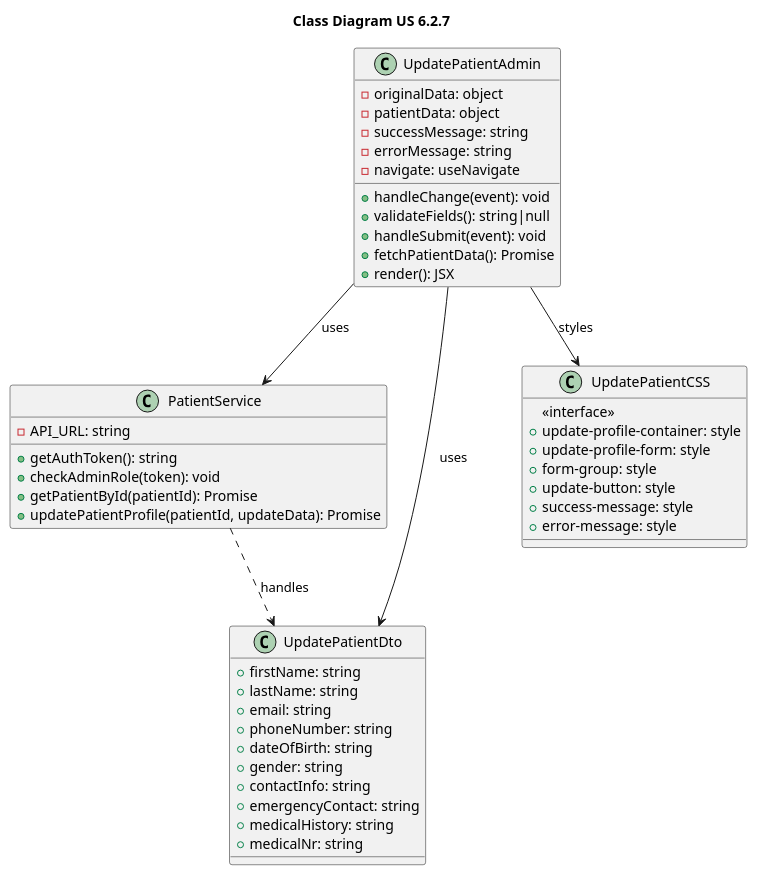
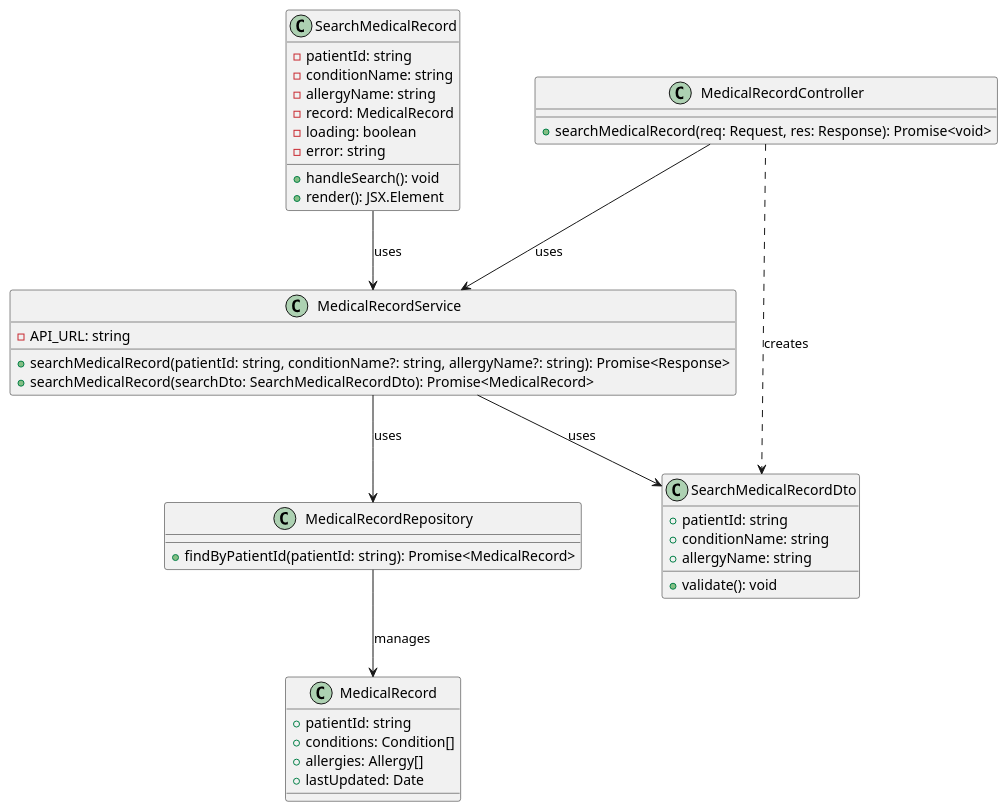
Before and after one commit to HugBar/3DC_G17: the diagram in docs/Sprint3/US 7.2.7/CD.puml, drawn with PlantUML. The commit also changed 5 other files, not shown here.

```diff
--- a/docs/Sprint3/US 7.2.7/CD.puml
+++ b/docs/Sprint3/US 7.2.7/CD.puml
@@ -1,53 +1,55 @@
-@startuml namespace class Diagram 
-title "Class Diagram US 6.2.7"
+@startuml Search Medical Record Class Diagram
 
-class UpdatePatientAdmin {
-    -originalData: object
-    -patientData: object
-    -successMessage: string
-    -errorMessage: string
-    -navigate: useNavigate
-    +handleChange(event): void
-    +validateFields(): string|null
-    +handleSubmit(event): void
-    +fetchPatientData(): Promise
-    +render(): JSX
+' Frontend Components
+class SearchMedicalRecord {
+  -patientId: string
+  -conditionName: string
+  -allergyName: string
+  -record: MedicalRecord
+  -loading: boolean
+  -error: string
+  +handleSearch(): void
+  +render(): JSX.Element
 }
 
-class PatientService {
-    -API_URL: string
-    +getAuthToken(): string
-    +checkAdminRole(token): void
-    +getPatientById(patientId): Promise
-    +updatePatientProfile(patientId, updateData): Promise
+class MedicalRecordService {
+  -API_URL: string
+  +searchMedicalRecord(patientId: string, conditionName?: string, allergyName?: string): Promise<Response>
 }
 
-class UpdatePatientDto {
-    +firstName: string
-    +lastName: string
-    +email: string
-    +phoneNumber: string
-    +dateOfBirth: string
-    +gender: string
-    +contactInfo: string
-    +emergencyContact: string
-    +medicalHistory: string
-    +medicalNr: string
+' Backend Components
+class MedicalRecordController {
+  +searchMedicalRecord(req: Request, res: Response): Promise<void>
 }
 
-class UpdatePatientCSS {
-    <<interface>>
-    +update-profile-container: style
-    +update-profile-form: style
-    +form-group: style
-    +update-button: style
-    +success-message: style
-    +error-message: style
+class MedicalRecordService {
+  +searchMedicalRecord(searchDto: SearchMedicalRecordDto): Promise<MedicalRecord>
 }
 
-UpdatePatientAdmin --> PatientService : uses
-UpdatePatientAdmin --> UpdatePatientDto : uses
-UpdatePatientAdmin --> UpdatePatientCSS : styles
-PatientService ..> UpdatePatientDto : handles
+class MedicalRecordRepository {
+  +findByPatientId(patientId: string): Promise<MedicalRecord>
+}
+
+class SearchMedicalRecordDto {
+  +patientId: string
+  +conditionName: string
+  +allergyName: string
+  +validate(): void
+}
+
+class MedicalRecord {
+  +patientId: string
+  +conditions: Condition[]
+  +allergies: Allergy[]
+  +lastUpdated: Date
+}
+
+' Relationships
+SearchMedicalRecord --> MedicalRecordService: uses
+MedicalRecordController --> MedicalRecordService: uses
+MedicalRecordService --> MedicalRecordRepository: uses
+MedicalRecordService --> SearchMedicalRecordDto: uses
+MedicalRecordController ..> SearchMedicalRecordDto: creates
+MedicalRecordRepository --> MedicalRecord: manages
 
 @enduml
```
